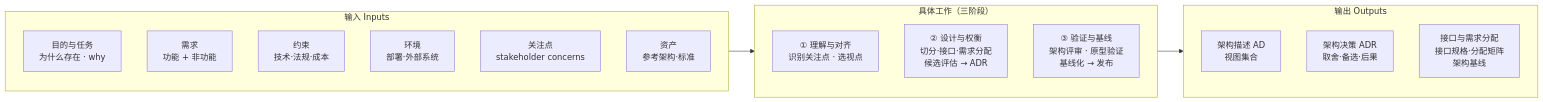
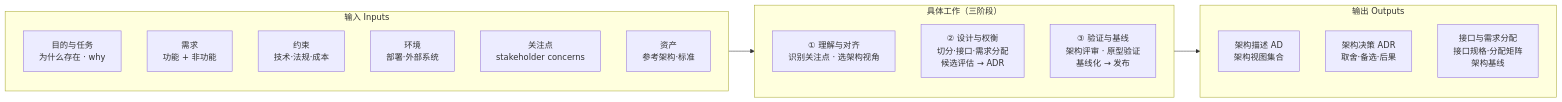
The third of 11 diagrams in 100-subprojects/01-系统工程研究/00-系统工程相关研究报告/10-架构设计方法论全景研究报告.md (Yongjunzhou/AOS-system-design), drawn with Mermaid before and after one commit. The commit also changed other lines of this file and 38 other files, not shown here.

````diff
--- a/100-subprojects/01-系统工程研究/00-系统工程相关研究报告/10-架构设计方法论全景研究报告.md
+++ b/100-subprojects/01-系统工程研究/00-系统工程相关研究报告/10-架构设计方法论全景研究报告.md
@@ -244,22 +267,22 @@
 ```mermaid
 flowchart LR
     subgraph IN["输入 Inputs"]
         I0[目的与任务<br/>为什么存在 · why]
         I1[需求<br/>功能 + 非功能]
         I2[约束<br/>技术·法规·成本]
         I3[环境<br/>部署·外部系统]
         I4[关注点<br/>stakeholder concerns]
         I5[资产<br/>参考架构·标准]
     end
     subgraph WORK["具体工作（三阶段）"]
-        W1[① 理解与对齐<br/>识别关注点 · 选视点]
+        W1[① 理解与对齐<br/>识别关注点 · 选架构视角]
         W2[② 设计与权衡<br/>切分·接口·需求分配<br/>候选评估 → ADR]
         W3[③ 验证与基线<br/>架构评审 · 原型验证<br/>基线化 → 发布]
     end
     subgraph OUT["输出 Outputs"]
-        O1[架构描述 AD<br/>视图集合]
+        O1[架构描述 AD<br/>架构视图集合]
         O2[架构决策 ADR<br/>取舍·备选·后果]
         O3[接口与需求分配<br/>接口规格·分配矩阵<br/>架构基线]
     end
     IN --> WORK --> OUT
 ```
````
